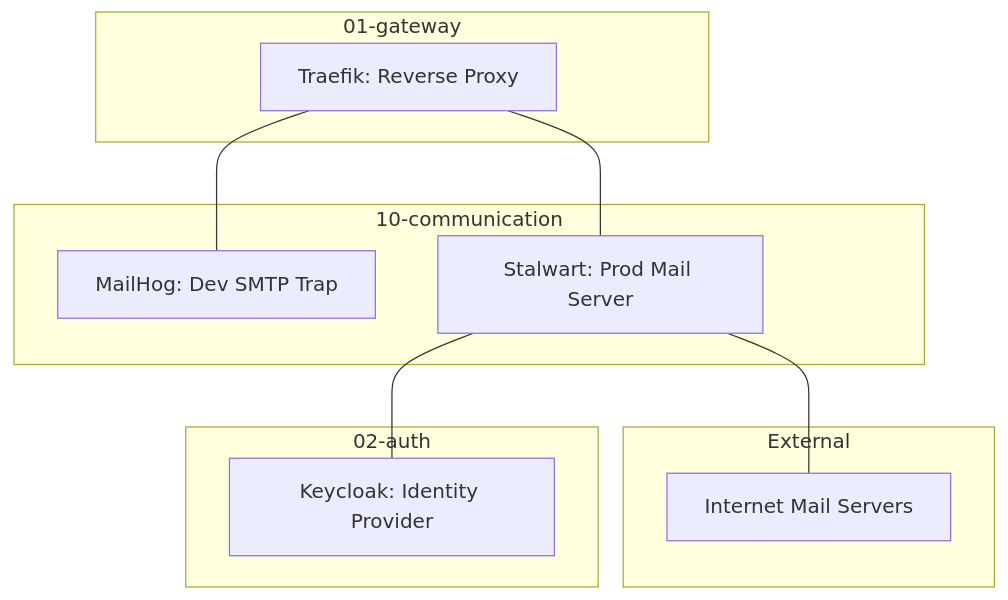
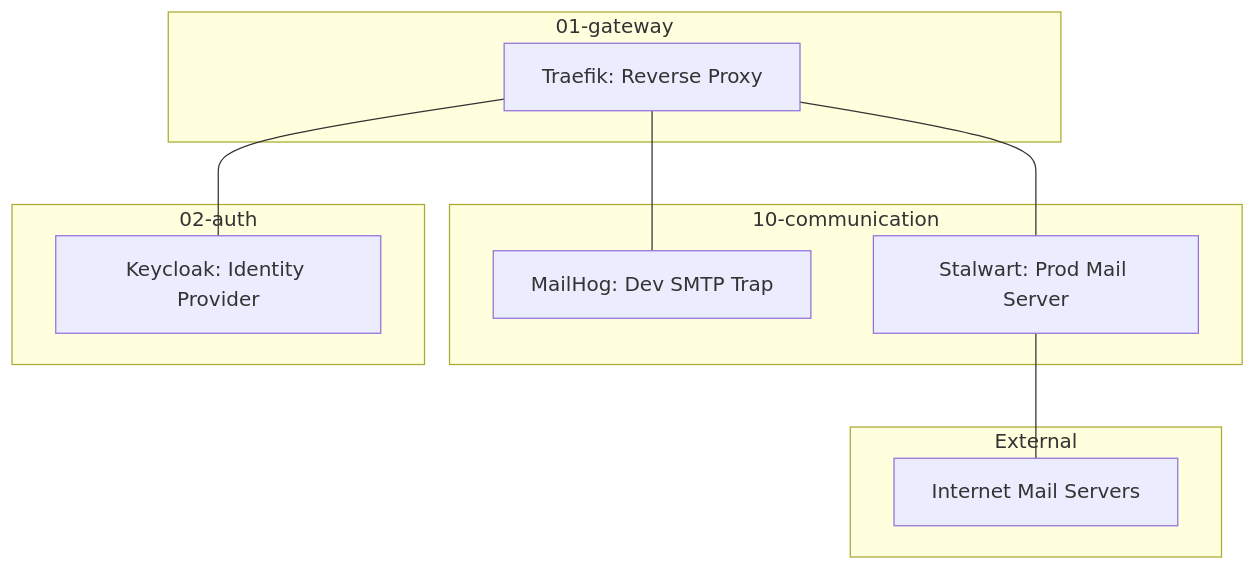
One commit to buenhyden/hy-home.docker changed the diagram in infra/10-communication/README.md. Above: the diagram before and after it, drawn with Mermaid. The commit also changed other lines of this file and 24 other files, not shown here.

````diff
--- a/infra/10-communication/README.md
+++ b/infra/10-communication/README.md
@@ -11,24 +11,24 @@
 ```mermaid
 graph TD
     subgraph "External"
         Internet[Internet Mail Servers]
     end
 
     subgraph "10-communication"
         MH[MailHog: Dev SMTP Trap]
         SW[Stalwart: Prod Mail Server]
     end
 
     subgraph "01-gateway"
         TF[Traefik: Reverse Proxy]
     end
 
     subgraph "02-auth"
         KC[Keycloak: Identity Provider]
     end
 
     TF --- MH
     TF --- SW
-    SW --- KC
+    TF --- KC
     SW --- Internet
 ```
````
